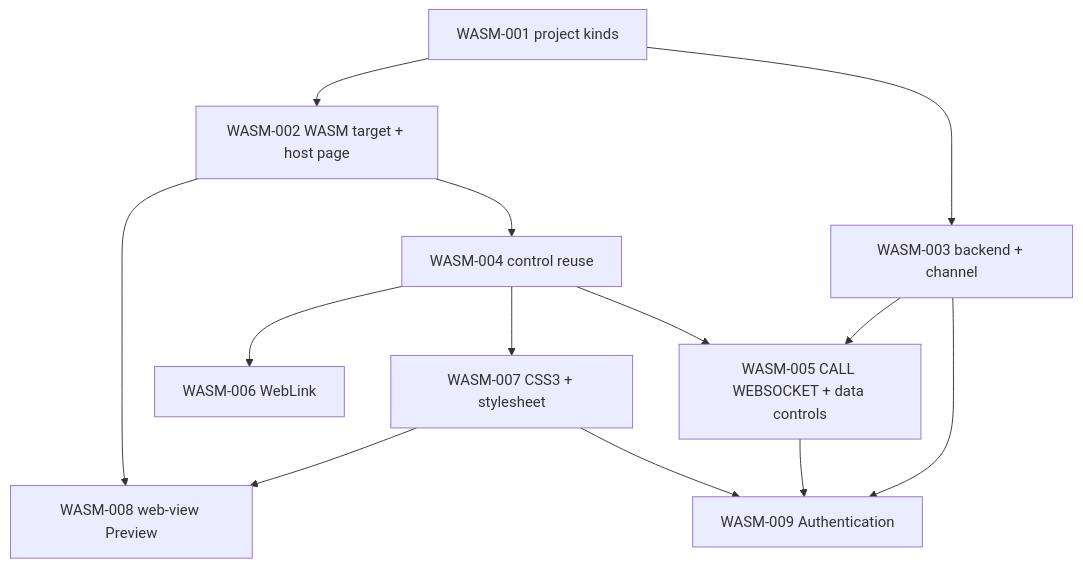
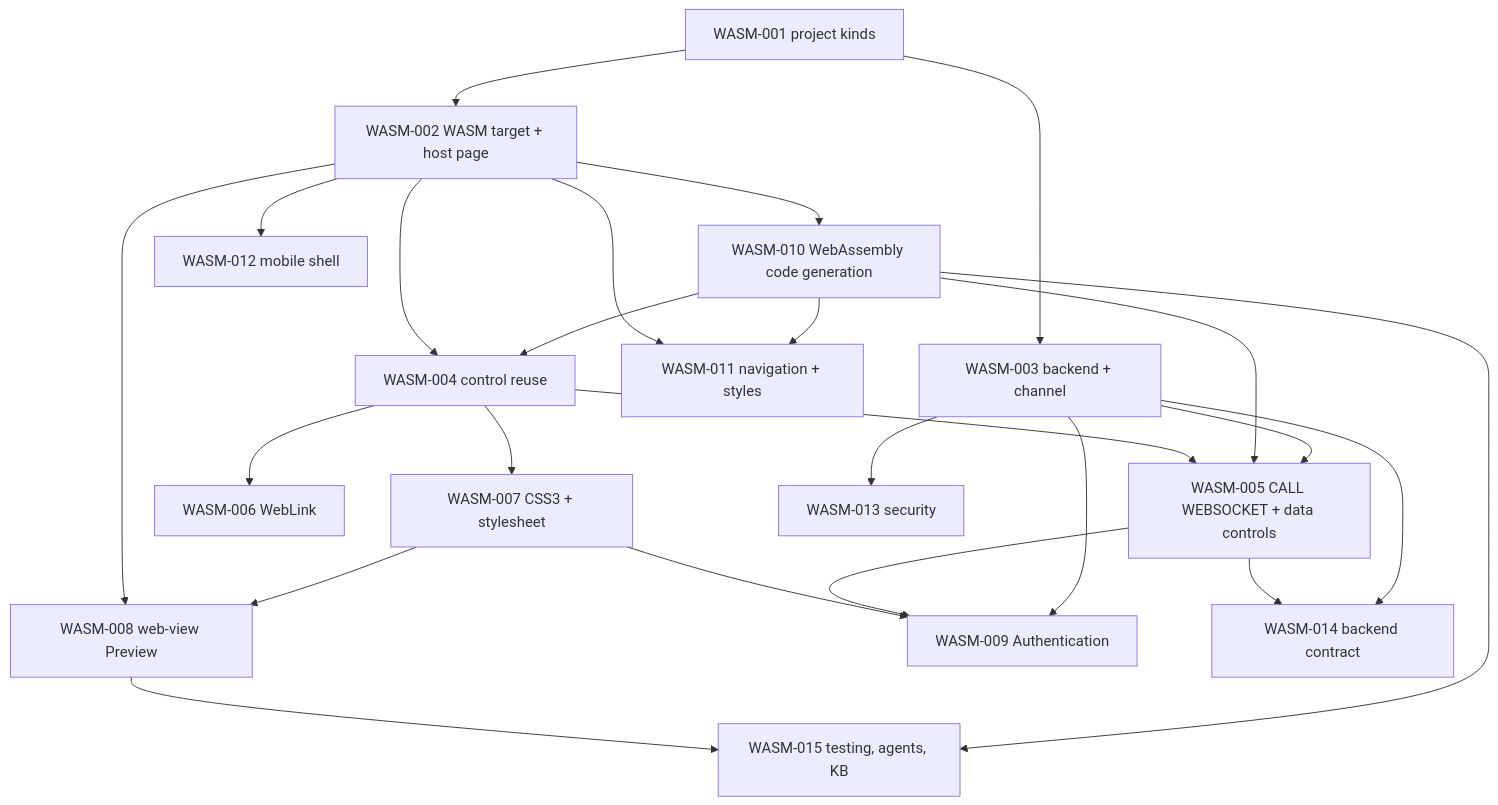
The second of 2 diagrams in specs/WASM-INDEX.md (CloudLandBeta/PowerRustCOBOL), drawn with Mermaid before and after one commit. The commit also changed other lines of this file and 14 other files, not shown here.

First line of the commit message:
Specs: WASM series answers recorded - WebAssembly generated directly, SPA by default; WASM-010 to WASM-015 written (2.0.3)

````diff
--- a/specs/WASM-INDEX.md
+++ b/specs/WASM-INDEX.md
@@ -60,15 +74,26 @@
 ```mermaid
 flowchart TD
   W1["WASM-001 project kinds"] --> W2["WASM-002 WASM target + host page"]
   W1 --> W3["WASM-003 backend + channel"]
-  W2 --> W4["WASM-004 control reuse"]
+  W2 --> W10["WASM-010 WebAssembly code generation"]
+  W10 --> W4["WASM-004 control reuse"]
+  W2 --> W4
   W3 --> W5["WASM-005 CALL WEBSOCKET + data controls"]
+  W10 --> W5
   W4 --> W5
   W4 --> W6["WASM-006 WebLink"]
   W4 --> W7["WASM-007 CSS3 + stylesheet"]
   W7 --> W8["WASM-008 web-view Preview"]
   W2 --> W8
   W3 --> W9["WASM-009 Authentication"]
   W5 --> W9
   W7 --> W9
+  W10 --> W11["WASM-011 navigation + styles"]
+  W2 --> W11
+  W2 --> W12["WASM-012 mobile shell"]
+  W3 --> W14["WASM-014 backend contract"]
+  W5 --> W14
+  W3 --> W13["WASM-013 security"]
+  W10 --> W15["WASM-015 testing, agents, KB"]
+  W8 --> W15
 ```
````
